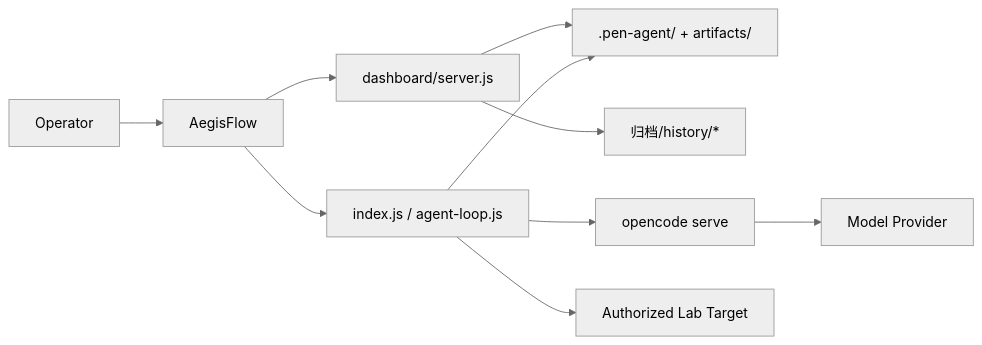
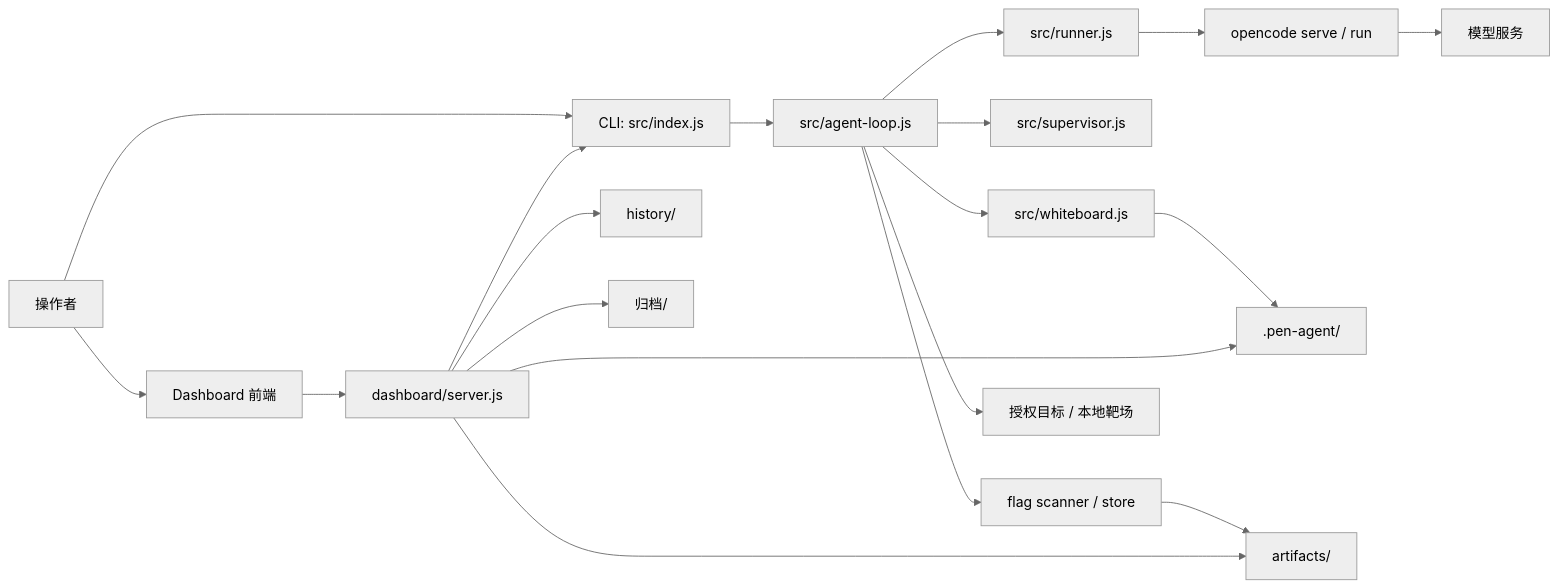
The diagram in README.md (AndrewAccuracy/AegisFlow), drawn with Mermaid (neutral theme) before and after one commit. The commit also changed other lines of this file and 1 other file, not shown here.

Commit message:
docs: update project and lab readmes

````diff
--- a/README.md
+++ b/README.md
@@ -66,12 +60,21 @@
 ```mermaid
 flowchart LR
-  User["Operator"] --> Dashboard["AegisFlow"]
+  Operator["操作者"] --> Dashboard["Dashboard 前端"]
+  Operator --> CLI["CLI: src/index.js"]
   Dashboard --> API["dashboard/server.js"]
-  API --> Live[".pen-agent/ + artifacts/"]
-  API --> Archive["归档/history/*"]
-  Dashboard --> Runner["index.js / agent-loop.js"]
-  Runner --> OpenCode["opencode serve"]
-  OpenCode --> Model["Model Provider"]
-  Runner --> Target["Authorized Lab Target"]
-  Runner --> Live
+  API --> CLI
+  CLI --> Loop["src/agent-loop.js"]
+  Loop --> Runner["src/runner.js"]
+  Runner --> OpenCode["opencode serve / run"]
+  OpenCode --> Model["模型服务"]
+  Loop --> Supervisor["src/supervisor.js"]
+  Loop --> Whiteboard["src/whiteboard.js"]
+  Loop --> Flags["flag scanner / store"]
+  Loop --> Target["授权目标 / 本地靶场"]
+  Whiteboard --> Runtime[".pen-agent/"]
+  Flags --> Artifacts["artifacts/"]
+  API --> Runtime
+  API --> Artifacts
+  API --> History["history/"]
+  API --> Legacy["归档/"]
 ```
````
